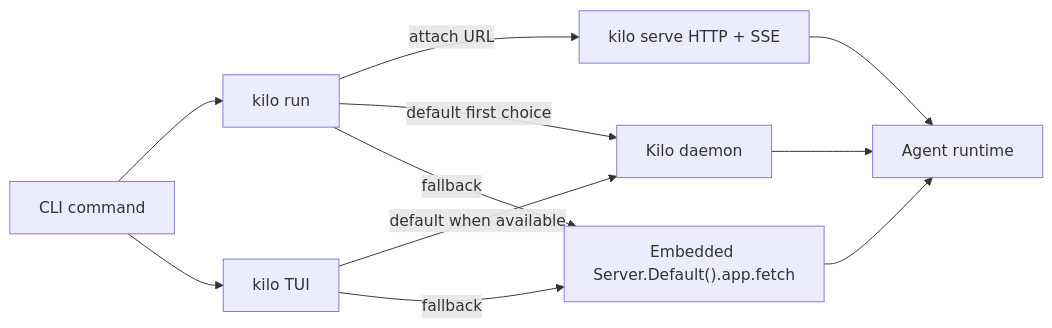
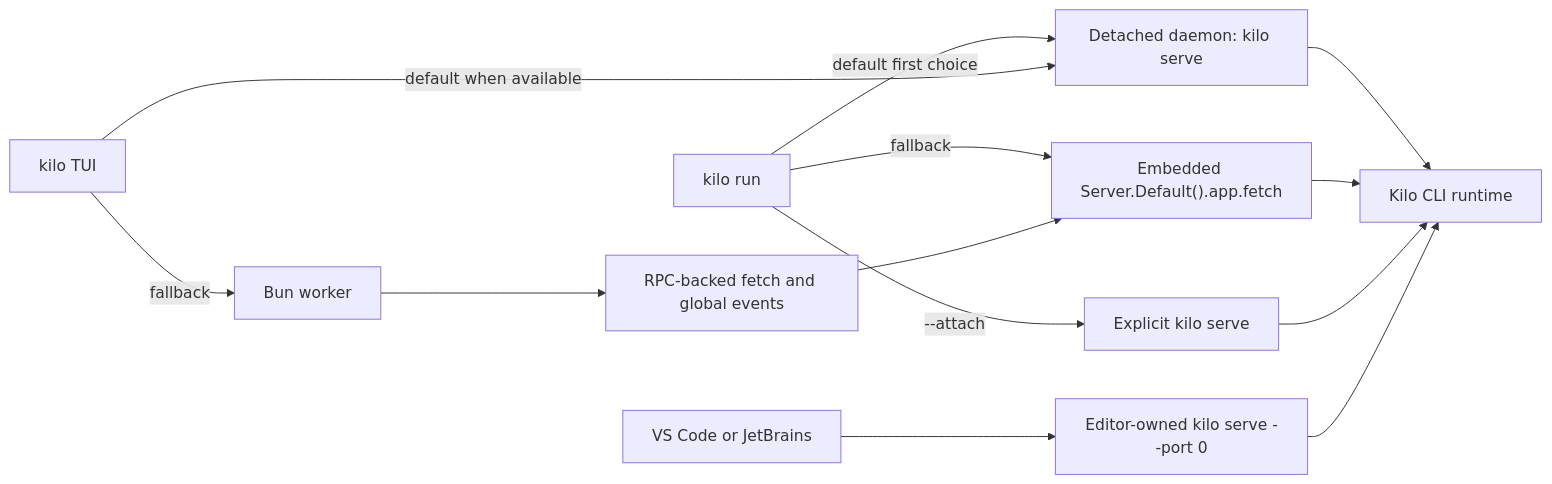
Before and after one commit to dhs-shine/kilocode: the first of 2 diagrams in packages/kilo-docs/pages/contributing/architecture/cli-runtime.md, drawn with Mermaid. The commit also changed other lines of this file and 42 other files, not shown here.

Commit message:
docs(kilo-docs): clarify architecture documentation

````diff
--- a/packages/kilo-docs/pages/contributing/architecture/cli-runtime.md
+++ b/packages/kilo-docs/pages/contributing/architecture/cli-runtime.md
@@ -33,21 +45,24 @@
 ```mermaid
 flowchart LR
-  user["CLI command"]
   run["kilo run"]
   tui["kilo TUI"]
-  daemon["Kilo daemon"]
+  daemon["Detached daemon: kilo serve"]
+  worker["Bun worker"]
+  rpc["RPC-backed fetch and global events"]
   embedded["Embedded Server.Default().app.fetch"]
-  serve["kilo serve HTTP + SSE"]
-  runtime["Agent runtime"]
+  serve["Explicit kilo serve"]
+  editors["VS Code or JetBrains"]
+  editorServer["Editor-owned kilo serve --port 0"]
+  runtime["Kilo CLI runtime"]
 
-  user --> run
-  user --> tui
-  run -->|attach URL| serve
-  run -->|default first choice| daemon
-  run -->|fallback| embedded
-  tui -->|default when available| daemon
-  tui -->|fallback| embedded
+  run -->|"default first choice"| daemon
+  run -->|"fallback"| embedded
+  run -->|"--attach"| serve
+  tui -->|"default when available"| daemon
+  tui -->|"fallback"| worker --> rpc --> embedded
+  editors --> editorServer
   daemon --> runtime
   embedded --> runtime
   serve --> runtime
+  editorServer --> runtime
 ```
````
